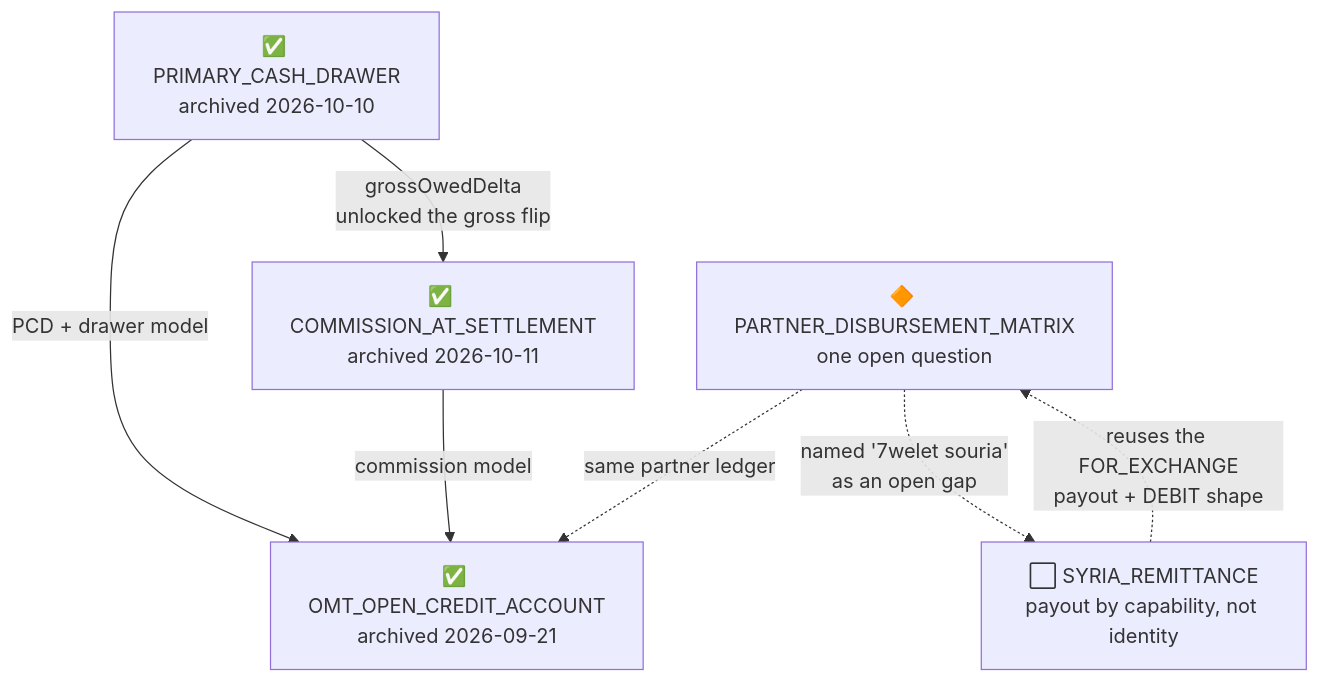
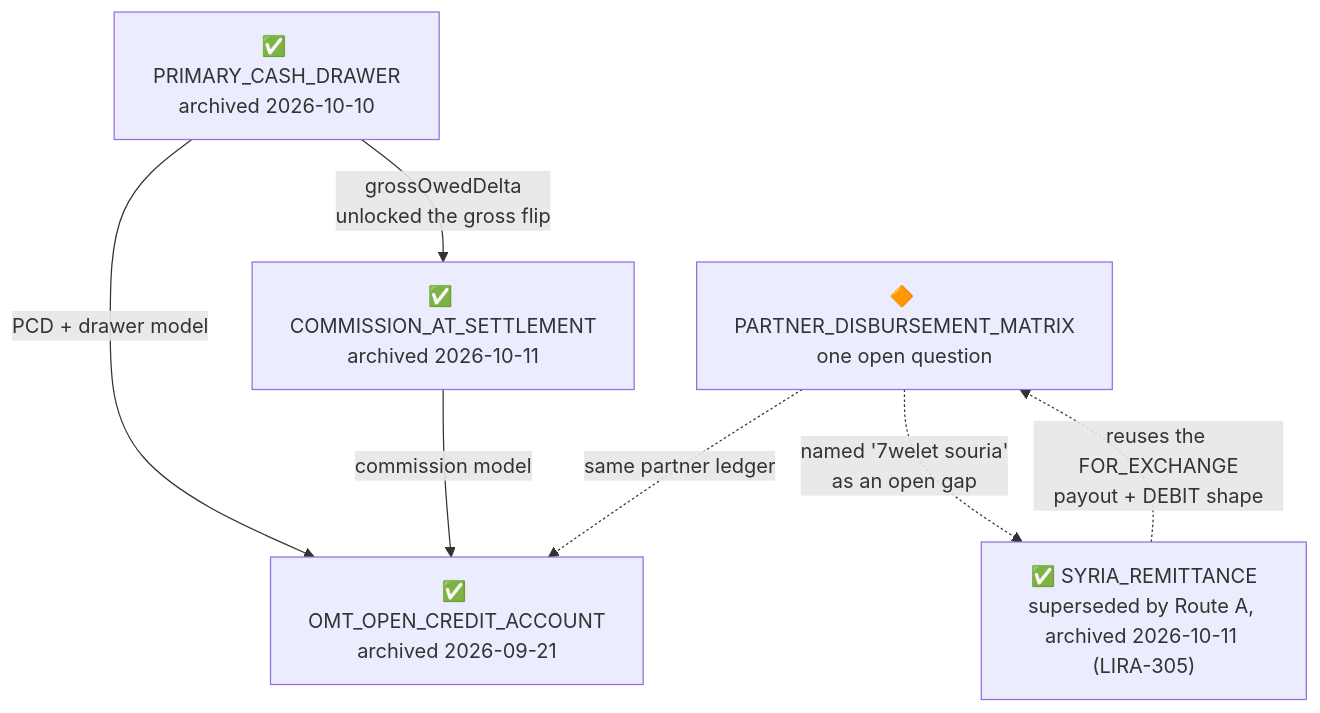
Before and after one commit to amirelhalabi/Liratek: the first of 4 diagrams in docs/plans/ongoing_plans/PLAN_OVERVIEW.md, drawn with Mermaid. The commit also changed other lines of this file and 25 other files, not shown here.

````diff
--- a/docs/plans/ongoing_plans/PLAN_OVERVIEW.md
+++ b/docs/plans/ongoing_plans/PLAN_OVERVIEW.md
@@ -221,15 +226,15 @@
 ```mermaid
 graph TD
   PCD["✅ PRIMARY_CASH_DRAWER<br/>archived 2026-10-10"]
   CAS["✅ COMMISSION_AT_SETTLEMENT<br/>archived 2026-10-11"]
   OMT["✅ OMT_OPEN_CREDIT_ACCOUNT<br/>archived 2026-09-21"]
   PDM["🔶 PARTNER_DISBURSEMENT_MATRIX<br/>one open question"]
-  SYR["⬜ SYRIA_REMITTANCE<br/>payout by capability, not identity"]
+  SYR["✅ SYRIA_REMITTANCE<br/>superseded by Route A, archived 2026-10-11 (LIRA-305)"]
 
   PCD -->|"grossOwedDelta<br/>unlocked the gross flip"| CAS
   PCD -->|"PCD + drawer model"| OMT
   CAS -->|"commission model"| OMT
   PDM -.->|"same partner ledger"| OMT
   PDM -.->|"named '7welet souria'<br/>as an open gap"| SYR
   SYR -.->|"reuses the FOR_EXCHANGE<br/>payout + DEBIT shape"| PDM
 ```
````
